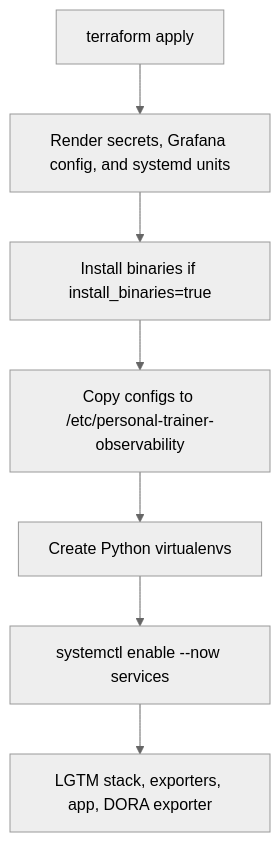
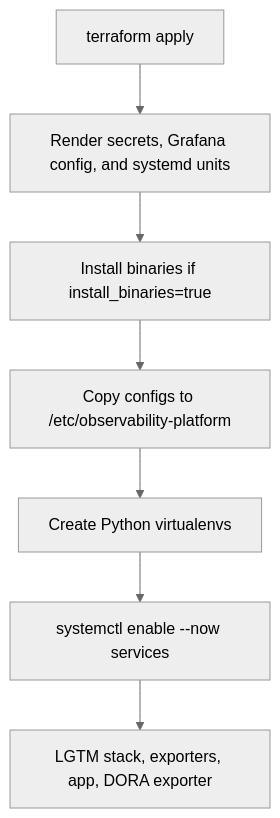
One commit to Okpainmo/personal-trainer-observability-and-reliability-deployment changed the second of 4 diagrams in docs/architecture.md. Above: the diagram before and after it, drawn with Mermaid (neutral theme). The commit also changed other lines of this file and 30 other files, not shown here.

````diff
--- a/docs/architecture.md
+++ b/docs/architecture.md
@@ -25,9 +25,9 @@
 ```mermaid
 flowchart TD
   TF[terraform apply] --> Render[Render secrets, Grafana config, and systemd units]
   Render --> Install[Install binaries if install_binaries=true]
-  Install --> Copy[Copy configs to /etc/personal-trainer-observability]
+  Install --> Copy[Copy configs to /etc/observability-platform]
   Copy --> Venv[Create Python virtualenvs]
   Venv --> Systemd[systemctl enable --now services]
   Systemd --> Stack[LGTM stack, exporters, app, DORA exporter]
 ```
````
